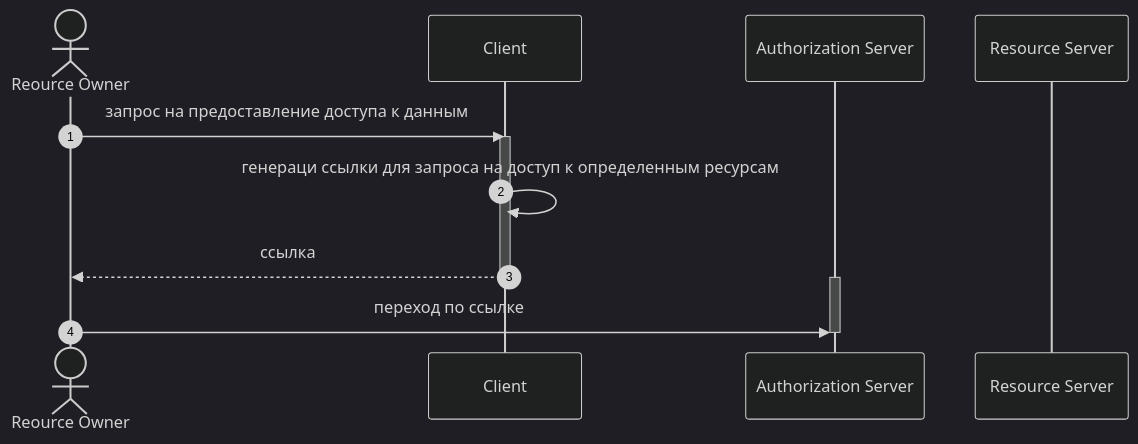
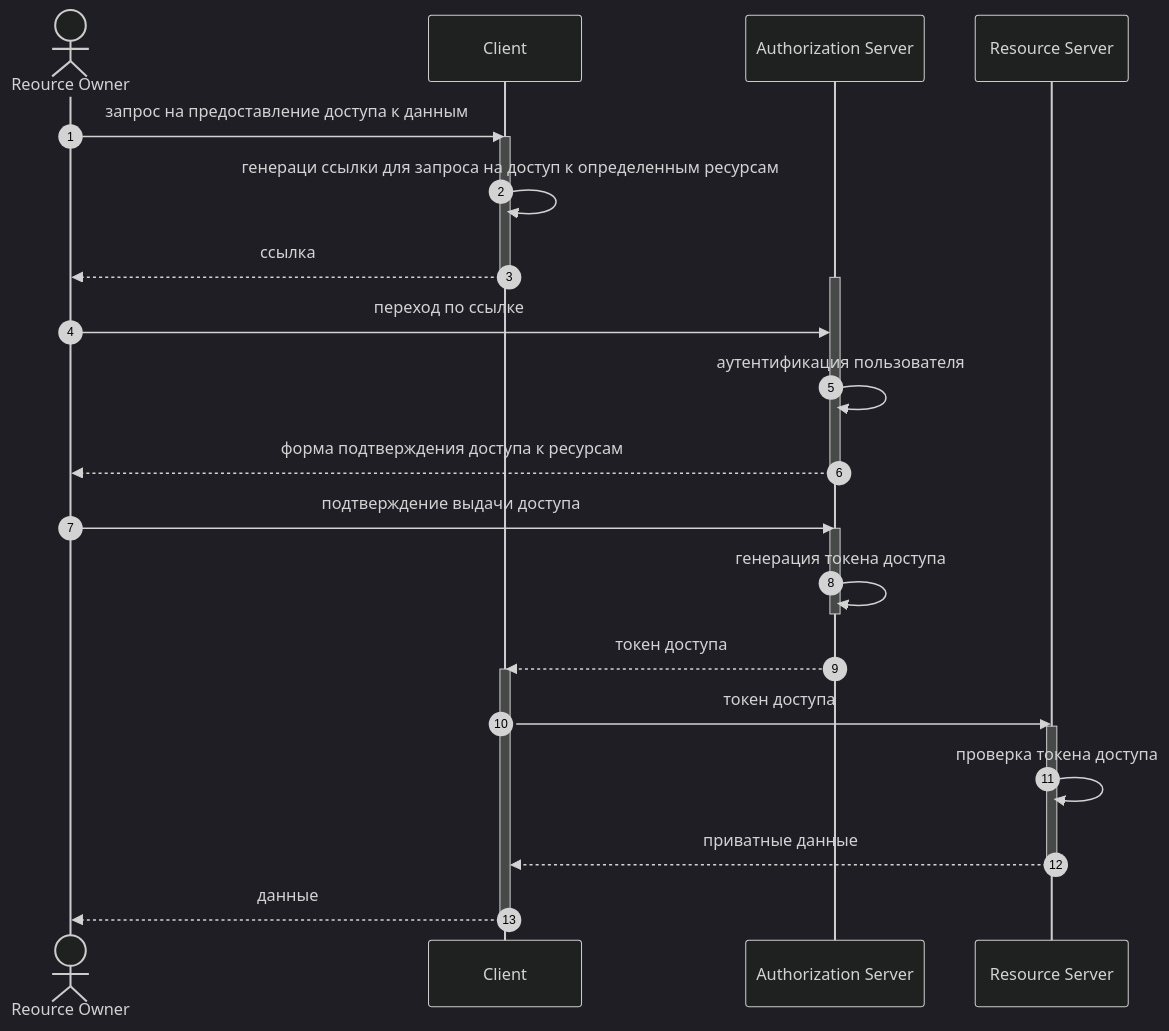
One commit to akarmanov2022/notes changed the diagram in Практика НИР-1.md. Above: the diagram before and after it, drawn with Mermaid (dark theme). The commit also changed other lines of this file, not shown here.

Commit message:
vault backup: 2024-03-01 15:56:44
Affected files:
Практика НИР-1.md

````diff
--- a/Практика НИР-1.md
+++ b/Практика НИР-1.md
@@ -1,16 +1,61 @@
 ```mermaid
 sequenceDiagram
-	actor RO as Reource Owner
-	participant C as Client
-	participant AS as Authorization Server
-	participant RS as Resource Server
-	autonumber
-	RO->>C: запрос на предоставление доступа к данным
-	activate C
-	C->>C: генераци ссылки для запроса на доступ к определенным ресурсам
-	C-->>RO: ссылка
-	deactivate C
-	activate AS
-	RO->>AS: переход по ссылке
-	deactivate AS
+
+actor RO as Reource Owner
+
+participant C as Client
+
+participant AS as Authorization Server
+
+participant RS as Resource Server
+
+autonumber
+
+RO->>C: запрос на предоставление доступа к данным
+
+activate C
+
+C->>C: генераци ссылки для запроса на доступ к определенным ресурсам
+
+C-->>RO: ссылка
+
+deactivate C
+
+activate AS
+
+RO->>AS: переход по ссылке
+
+AS->>AS: аутентификация пользователя
+
+AS-->>RO: форма подтверждения доступа к ресурсам
+
+deactivate AS
+
+  
+
+RO->>AS: подтверждение выдачи доступа
+
+activate AS
+
+AS->>AS: генерация токена доступа
+
+deactivate AS
+
+AS-->>C: токен доступа
+
+activate C
+
+C->>RS: токен доступа
+
+activate RS
+
+RS->>RS: проверка токена доступа
+
+RS-->>C: приватные данные
+
+deactivate RS
+
+C-->>RO: данные
+
+deactivate C
 ```
````
